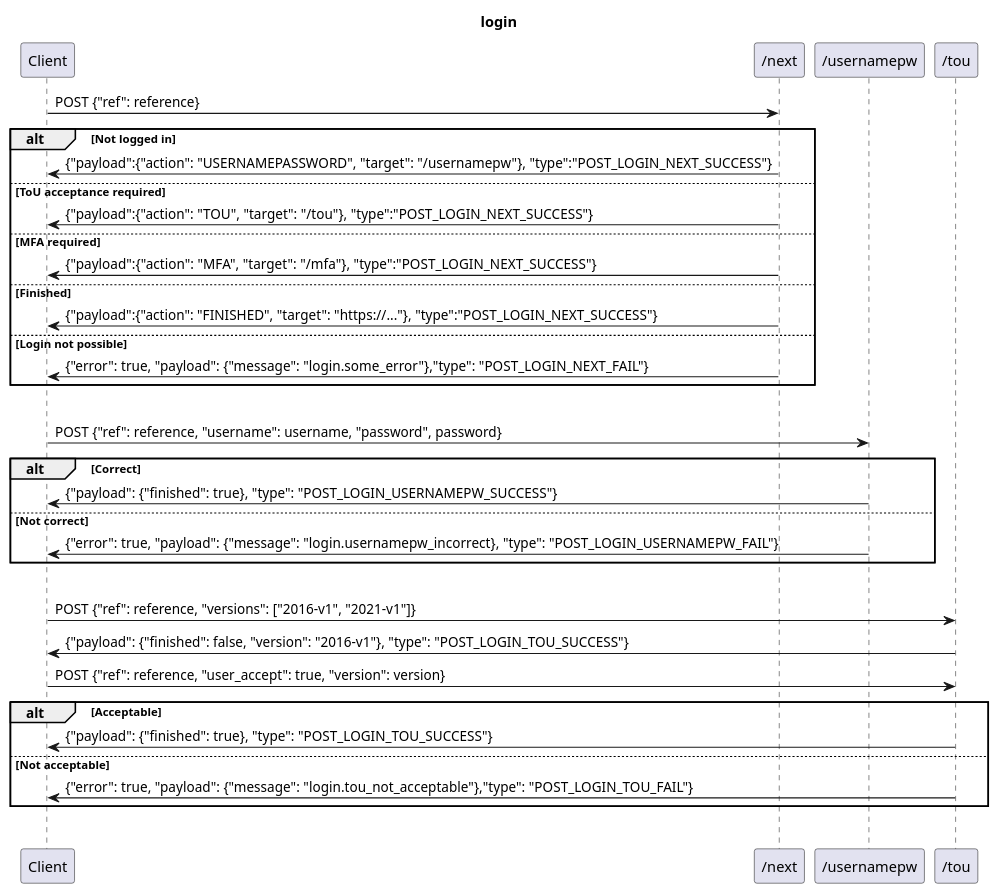
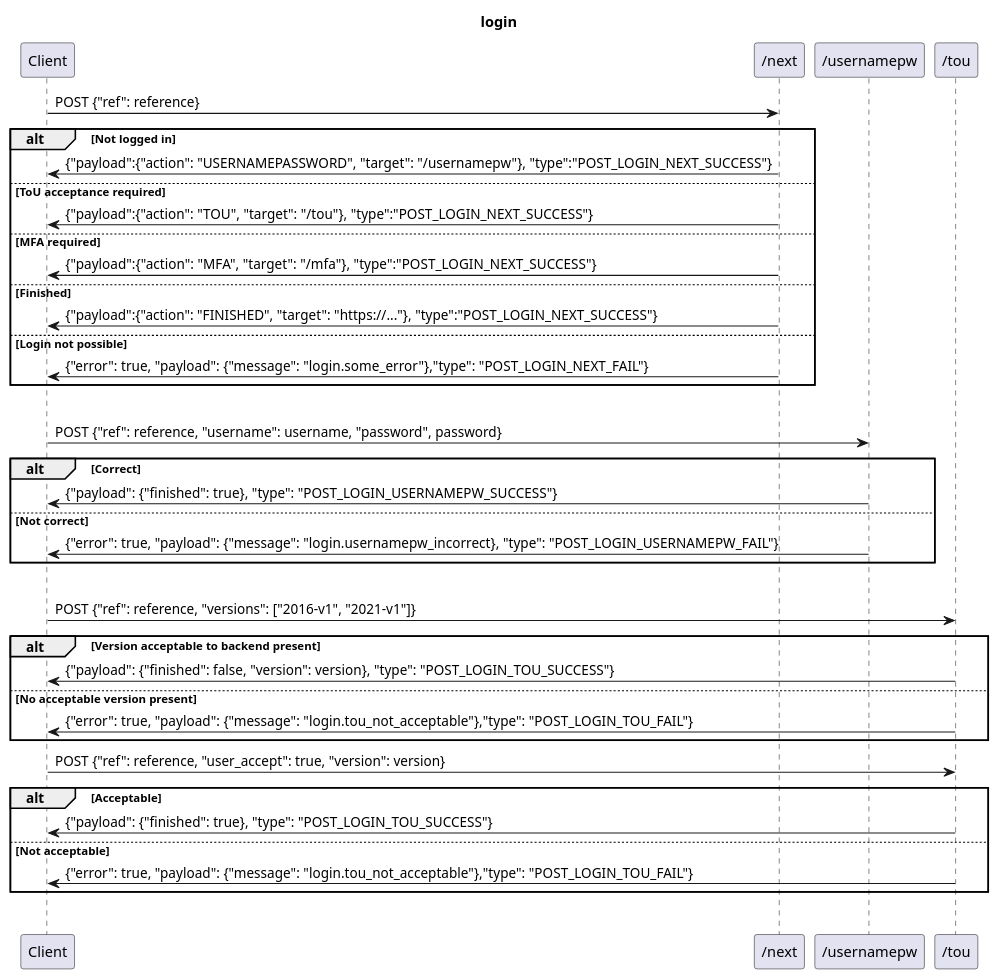
The diagram in doc/login.puml (SUNET/eduid-backend), drawn with PlantUML before and after one commit. The commit also changed 1 other file, not shown here.

Commit message:
more tou tweaks

```diff
--- a/doc/login.puml
+++ b/doc/login.puml
@@ -1,38 +1,42 @@
 @startuml
 title login
 
 Client->"/next": POST {"ref": reference}
 alt Not logged in
     "/next"->Client: {"payload":{"action": "USERNAMEPASSWORD", "target": "/usernamepw"}, "type":"POST_LOGIN_NEXT_SUCCESS"}
 else ToU acceptance required
     "/next"->Client: {"payload":{"action": "TOU", "target": "/tou"}, "type":"POST_LOGIN_NEXT_SUCCESS"}
 else MFA required
     "/next"->Client: {"payload":{"action": "MFA", "target": "/mfa"}, "type":"POST_LOGIN_NEXT_SUCCESS"}
 else Finished
     "/next"->Client: {"payload":{"action": "FINISHED", "target": "https://..."}, "type":"POST_LOGIN_NEXT_SUCCESS"}
 else Login not possible
     "/next"->Client: {"error": true, "payload": {"message": "login.some_error"},"type": "POST_LOGIN_NEXT_FAIL"}
 end
 |||
 
 Client->"/usernamepw": POST {"ref": reference, "username": username, "password", password}
 alt Correct
     "/usernamepw"->Client: {"payload": {"finished": true}, "type": "POST_LOGIN_USERNAMEPW_SUCCESS"}
 else Not correct
     "/usernamepw"->Client: {"error": true, "payload": {"message": "login.usernamepw_incorrect}, "type": "POST_LOGIN_USERNAMEPW_FAIL"}
 end
 |||
 
 Client->"/tou": POST {"ref": reference, "versions": ["2016-v1", "2021-v1"]}
-"/tou"->Client: {"payload": {"finished": false, "version": "2016-v1"}, "type": "POST_LOGIN_TOU_SUCCESS"}
+alt Version acceptable to backend present
+    "/tou"->Client: {"payload": {"finished": false, "version": version}, "type": "POST_LOGIN_TOU_SUCCESS"}
+else No acceptable version present
+    "/tou"->Client: {"error": true, "payload": {"message": "login.tou_not_acceptable"},"type": "POST_LOGIN_TOU_FAIL"}
+end
 
 
 Client->"/tou": POST {"ref": reference, "user_accept": true, "version": version}
 alt Acceptable
     "/tou"->Client: {"payload": {"finished": true}, "type": "POST_LOGIN_TOU_SUCCESS"}
 else Not acceptable
     "/tou"->Client: {"error": true, "payload": {"message": "login.tou_not_acceptable"},"type": "POST_LOGIN_TOU_FAIL"}
 end
 |||
 
 @enduml
```
